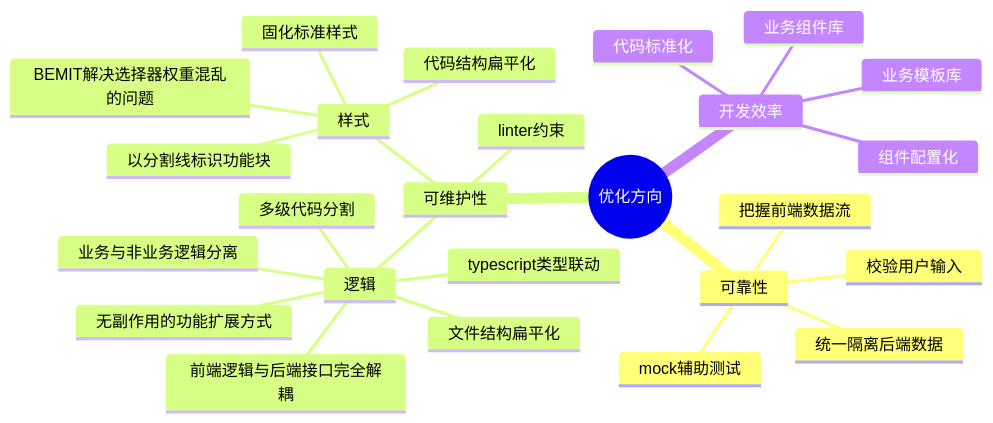
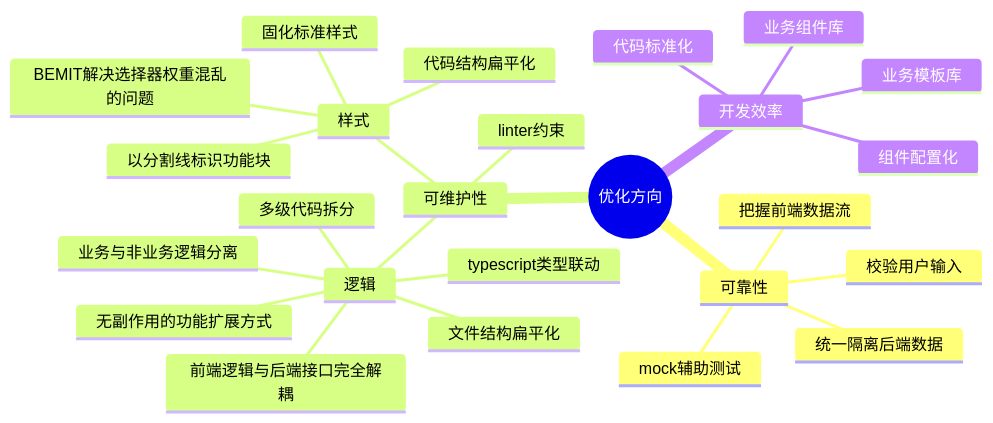
Before and after one commit to niuiic/vue-fusion: the first of 2 diagrams in README.md, drawn with Mermaid.

````diff
--- a/README.md
+++ b/README.md
@@ -11,28 +11,28 @@
 ```mermaid
 mindmap
     root((优化方向))
         可靠性
             统一隔离后端数据
             校验用户输入
             把握前端数据流
             mock辅助测试
         可维护性
             逻辑
                 文件结构扁平化
                 无副作用的功能扩展方式
-                多级代码分割
+                多级代码拆分
                 业务与非业务逻辑分离
                 前端逻辑与后端接口完全解耦
                 typescript类型联动
             样式
                 固化标准样式
                 代码结构扁平化
                 BEMIT解决选择器权重混乱的问题
                 以分割线标识功能块
             linter约束
         开发效率
             代码标准化
             组件配置化
             业务组件库
             业务模板库
 ```
````
